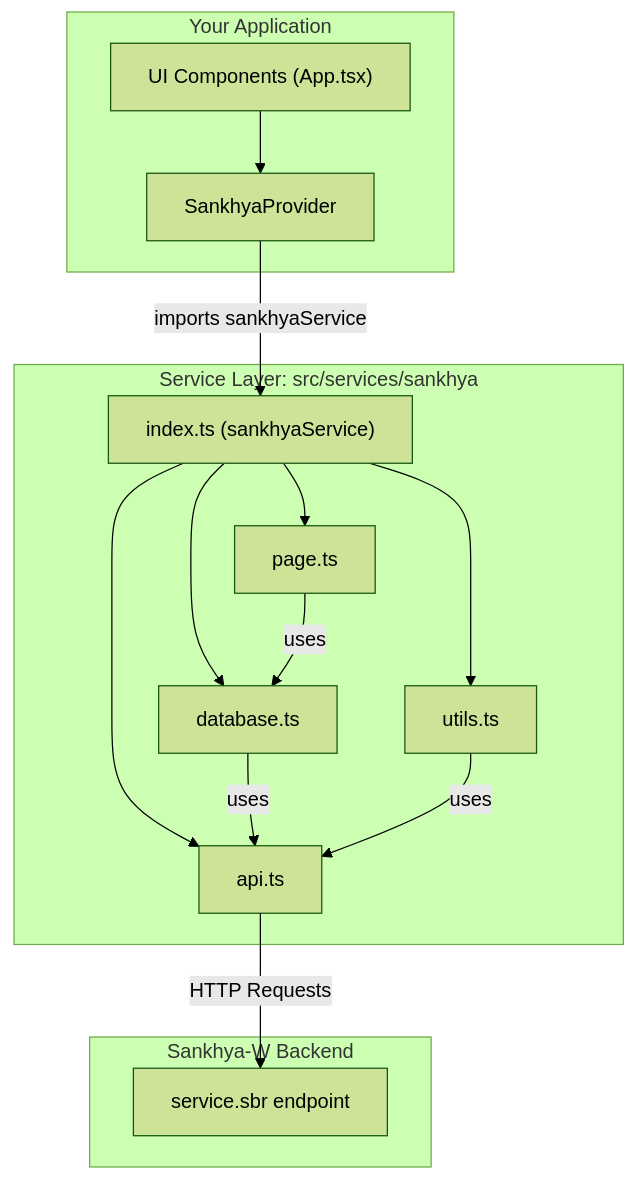
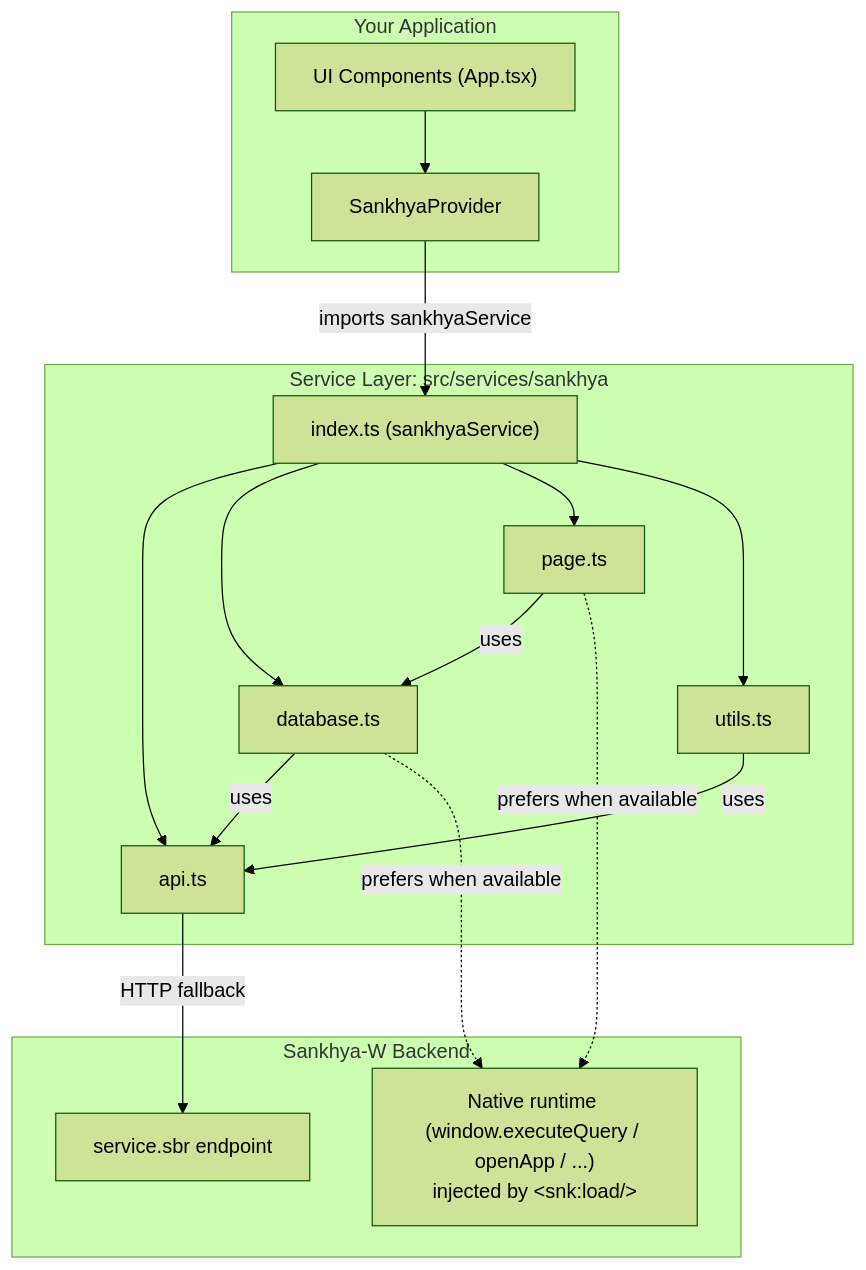
The diagram in src/services/README.md (mateussantoos/boilerplate-sankhya-react-vite), drawn with Mermaid (forest theme) before and after one commit. The commit also changed other lines of this file and 7 other files, not shown here.

First line of the commit message:
feat: align data layer with Sankhya native runtime and harden removeFrame

````diff
--- a/src/services/README.md
+++ b/src/services/README.md
@@ -33,33 +36,36 @@
 ```mermaid
 flowchart TB
   subgraph YourApp [Your Application]
     A["UI Components (App.tsx)"]
     C[SankhyaProvider]
   end
 
   subgraph ServiceLayer ["Service Layer: src/services/sankhya"]
     S["index.ts (sankhyaService)"]
     API[api.ts]
     D[database.ts]
     P[page.ts]
     U[utils.ts]
   end
 
   subgraph SankhyaBackend ["Sankhya-W Backend"]
+    NR["Native runtime (window.executeQuery / openApp / ...)<br/>injected by &lt;snk:load/&gt;"]
     SBR["service.sbr endpoint"]
   end
 
   A --> C
   C -->|imports sankhyaService| S
 
   S --> API
   S --> D
   S --> P
   S --> U
 
   D -->|uses| API
   P -->|uses| D
   U -->|uses| API
 
-  API -->|HTTP Requests| SBR
+  D -.->|prefers when available| NR
+  P -.->|prefers when available| NR
+  API -->|HTTP fallback| SBR
 ```
````
